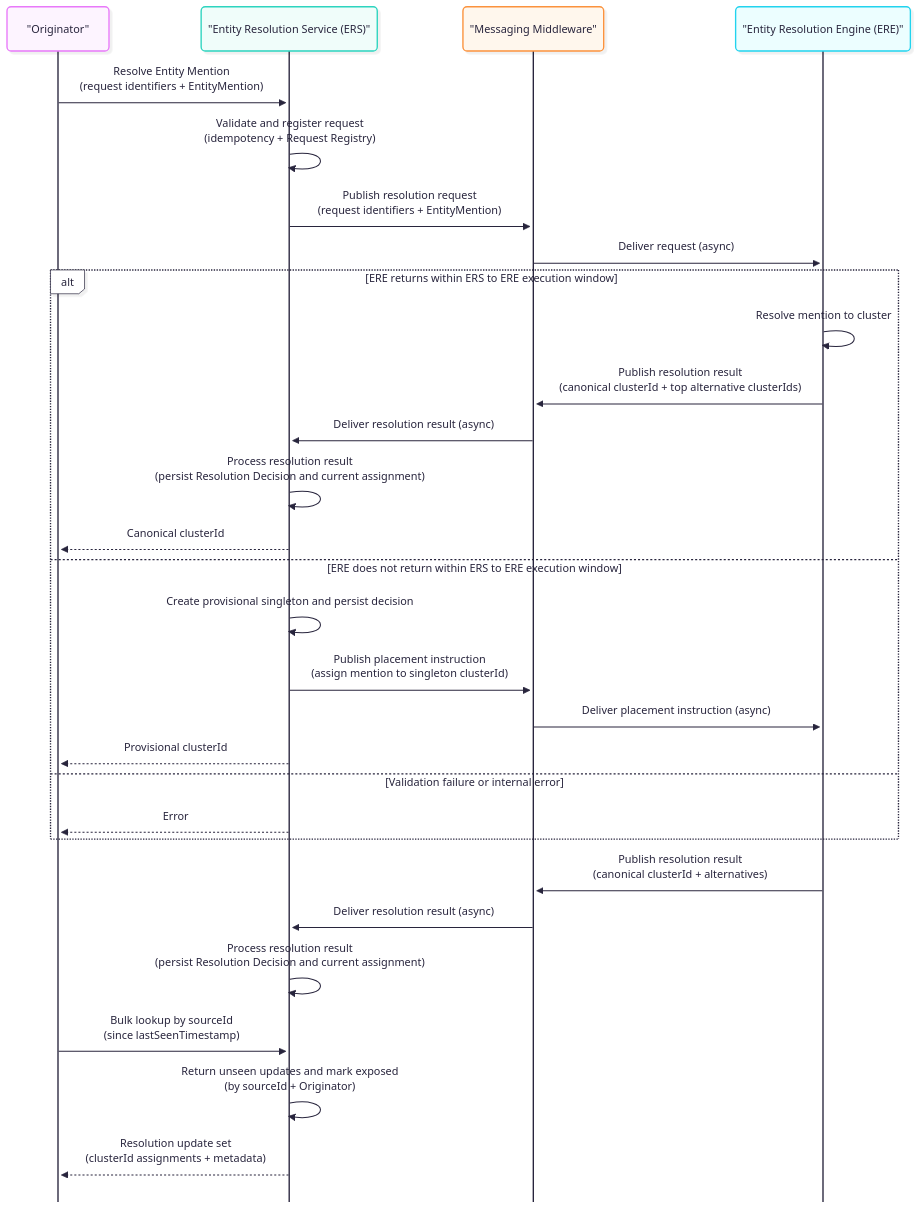
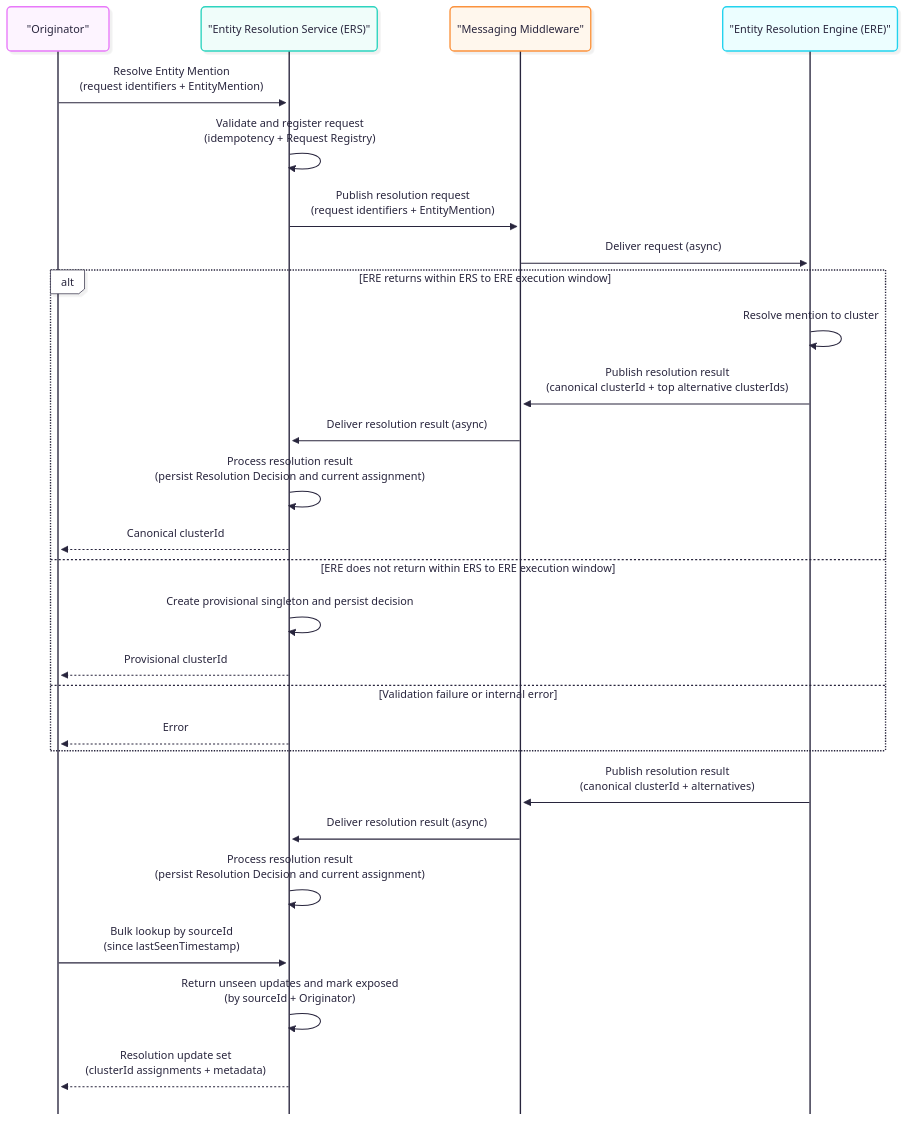
Before and after one commit to OP-TED/entity-resolution-spec: the diagram in docs/architecture/sequence_diagrams/E2E-resolution-cycle(simplified).mmd, drawn with Mermaid. The commit also changed 13 other files, not shown here.

First line of the commit message:
docs: align message descriptions, features and diagrams with the ERS-ERE behaviour of 1.1.0-rc.8

```diff
--- a/docs/architecture/sequence_diagrams/E2E-resolution-cycle(simplified).mmd
+++ b/docs/architecture/sequence_diagrams/E2E-resolution-cycle(simplified).mmd
@@ -1,49 +1,47 @@
 ---
 config:
   look: neo
   theme: redux-color
   mirrorActors: false
   sequence:
     bottomMarginAdj: 0.1
 ---
 sequenceDiagram
 %% Maps to EA diagram: UML Sequence (conceptual E2E overview)
 %% Aligned with UCB11 (intake), UC12 (result processing), UC1.3 (bulk lookup)
 %% ERSys collapsed to single ERS lifeline
 
 participant Originator as "Originator"
 participant ERS as "Entity Resolution Service (ERS)"
 participant MessagingMiddleware as "Messaging Middleware"
 participant ERE as "Entity Resolution Engine (ERE)"
 
 %% Phase 1 — Resolve request (UCB11)
 Originator ->> ERS: Resolve Entity Mention<br/>(request identifiers + EntityMention)
 ERS ->> ERS: Validate and register request<br/>(idempotency + Request Registry)
 
 ERS ->> MessagingMiddleware: Publish resolution request<br/>(request identifiers + EntityMention)
 MessagingMiddleware ->> ERE: Deliver request (async)
 
 alt ERE returns within ERS to ERE execution window
     ERE ->> ERE: Resolve mention to cluster
     ERE ->> MessagingMiddleware: Publish resolution result<br/>(canonical clusterId + top alternative clusterIds)
     MessagingMiddleware ->> ERS: Deliver resolution result (async)
     ERS ->> ERS: Process resolution result<br/>(persist Resolution Decision and current assignment)
     ERS -->> Originator: Canonical clusterId
 else ERE does not return within ERS to ERE execution window
     ERS ->> ERS: Create provisional singleton and persist decision
-    ERS ->> MessagingMiddleware: Publish placement instruction<br/>(assign mention to singleton clusterId)
-    MessagingMiddleware ->> ERE: Deliver placement instruction (async)
     ERS -->> Originator: Provisional clusterId
 else Validation failure or internal error
     ERS -->> Originator: Error
 end
 
 %% Phase 2 — Late or duplicate resolution results (UC12)
 ERE ->> MessagingMiddleware: Publish resolution result<br/>(canonical clusterId + alternatives)
 MessagingMiddleware ->> ERS: Deliver resolution result (async)
 ERS ->> ERS: Process resolution result<br/>(persist Resolution Decision and current assignment)
 
 %% Phase 3 — Bulk lookup by source (UC1.3)
 Originator ->> ERS: Bulk lookup by sourceId<br/>(since lastSeenTimestamp)
 ERS ->> ERS: Return unseen updates and mark exposed<br/>(by sourceId + Originator)
 ERS -->> Originator: Resolution update set<br/>(clusterId assignments + metadata)
```
